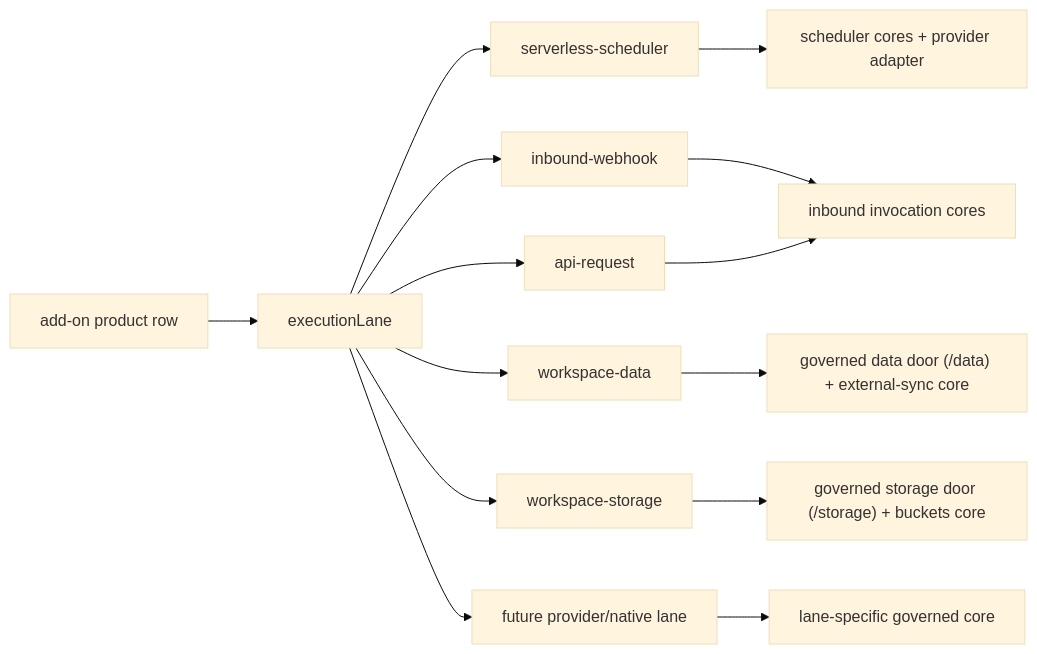
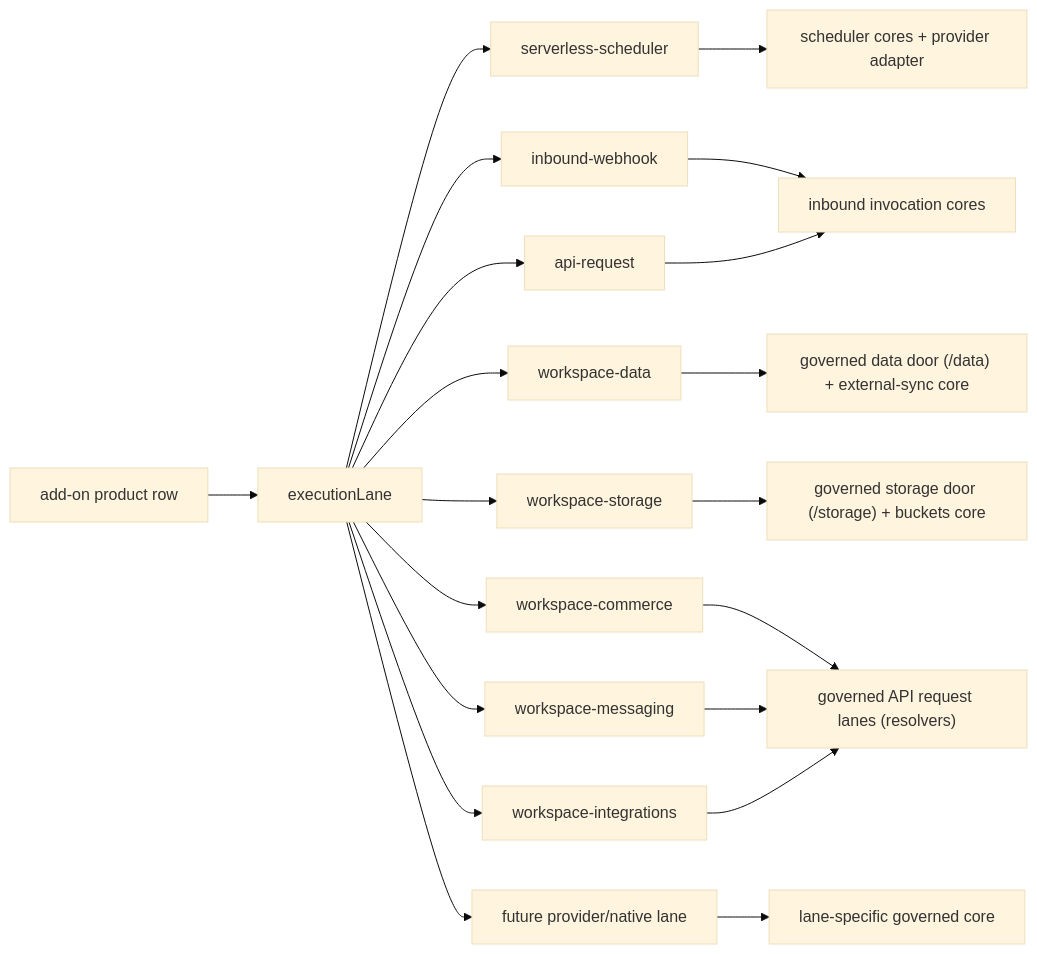
Before and after one commit to Growthub-ai/growthub-local: the diagram in docs/OFFICIAL_MARKETPLACE_PLUGINS_V1.md, drawn with Mermaid (base theme). The commit also changed other lines of this file and 87 other files, not shown here.

````diff
--- a/docs/OFFICIAL_MARKETPLACE_PLUGINS_V1.md
+++ b/docs/OFFICIAL_MARKETPLACE_PLUGINS_V1.md
@@ -438,17 +649,23 @@
 ```mermaid
 flowchart LR
   A["add-on product row"] --> B["executionLane"]
   B --> C["serverless-scheduler"]
   B --> D["inbound-webhook"]
   B --> E["api-request"]
   B --> J["workspace-data"]
   B --> K["workspace-storage"]
+  B --> N["workspace-commerce"]
+  B --> O["workspace-messaging"]
+  B --> P["workspace-integrations"]
   B --> F["future provider/native lane"]
 
   C --> G["scheduler cores + provider adapter"]
   D --> H["inbound invocation cores"]
   E --> H
   J --> L["governed data door (/data) + external-sync core"]
   K --> M["governed storage door (/storage) + buckets core"]
+  N --> Q["governed API request lanes (resolvers)"]
+  O --> Q
+  P --> Q
   F --> I["lane-specific governed core"]
 ```
````
